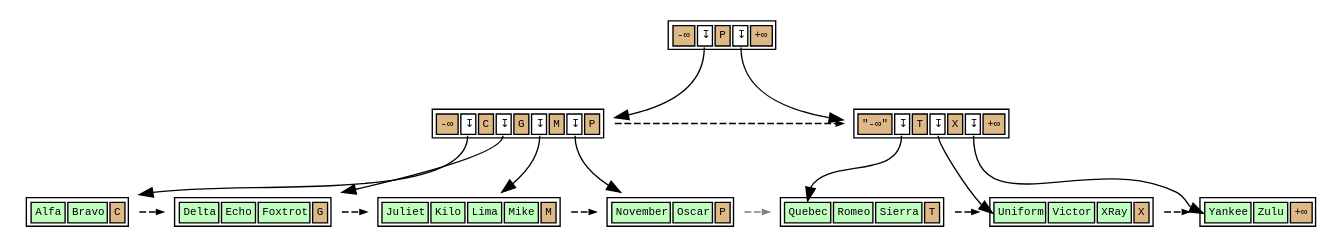
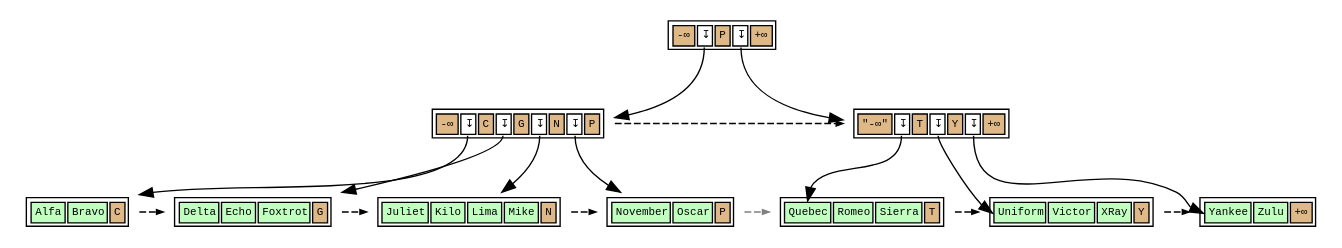
Before and after one commit to petergeoghegan/pg_query_internals: the diagram in lehman-yao-orthodox-btree-suffix.dot, drawn with Graphviz. The commit also changed 1 other file, not shown here.

Commit message:
Fix suffix truncation example graph

```diff
--- a/lehman-yao-orthodox-btree-suffix.dot
+++ b/lehman-yao-orthodox-btree-suffix.dot
@@ -1,167 +1,167 @@
 // Example B-Tree graph
 //
 // Breadth-first order
 //
 // Start from root, go left to right
 //
 // Workflow:
 //
 // $ dot -T svg btree.dot -o btree.svg;
 
 digraph nbtree {
 graph [fontname = "monospace"];
 node [shape = none,height=.1,fontname = "monospace",fontsize=8];
 // Level 2 (Root internal level)
 rootnode[ label=<<table>
                     <tr>
                         <td bgcolor='burlywood' port="s0">-&infin;</td>
                         <td bgcolor='white' port="d0">&#8615;</td>
                         <td bgcolor='burlywood' port="s1">P</td>
                         <td bgcolor='white' port="d1">&#8615;</td>
                         <td bgcolor='burlywood' port="hk">+&infin;</td>
                     </tr>
                 </table>
                >
         ];
 // Downlink arrows to children:
 "rootnode":d0 -> "leftinternal"
 "rootnode":d1 -> "rightinternal"
 // sibling pointer:
 // (None)
 
 
 // Level 1 (Internal level)
 // Downlinks + highkey:
 leftinternal[ label=<<table>
                     <tr>
                         <td bgcolor='burlywood' port="s0">-&infin;</td>
                         <td bgcolor='white' port="d0">&#8615;</td>
                         <td bgcolor='burlywood' port="s1">C</td>
                         <td bgcolor='white' port="d1">&#8615;</td>
                         <td bgcolor='burlywood' port="s2">G</td>
                         <td bgcolor='white' port="d2">&#8615;</td>
-                        <td bgcolor='burlywood' port="s3">M</td>
+                        <td bgcolor='burlywood' port="s3">N</td>
                         <td bgcolor='white' port="d3">&#8615;</td>
                         <td bgcolor='burlywood' port="hk">P</td>
                     </tr>
                 </table>
                >
         ];
 // Downlink arrows to children:
 "leftinternal":d0 -> "leftleafnode_1"
 "leftinternal":d1 -> "leftleafnode_2"
 "leftinternal":d2 -> "leftleafnode_3"
 "leftinternal":d3 -> "leftleafnode_4"
 // sibling pointer:
 "leftinternal" -> "rightinternal"[constraint=false,color=black,style=dashed,arrowsize=0.5]
 // Downlinks + highkey:
 rightinternal[ label=<<table>
                     <tr>
                         <td bgcolor='burlywood' port="s0">&quot;-&infin;&quot;</td>
                         <td bgcolor='white' port="d0">&#8615;</td>
                         <td bgcolor='burlywood' port="s1">T</td>
                         <td bgcolor='white' port="d1">&#8615;</td>
-                        <td bgcolor='burlywood' port="s2">X</td>
+                        <td bgcolor='burlywood' port="s2">Y</td>
                         <td bgcolor='white' port="d2">&#8615;</td>
                         <td bgcolor='burlywood' port="hk">+&infin;</td>
                     </tr>
                 </table>
                >
         ];
 // Downlink arrows to children:
 "rightinternal":d0 -> "rightleafnode_1":t0
 "rightinternal":d1 -> "rightleafnode_2":t0
 "rightinternal":d2 -> "rightleafnode_3":t0
 // sibling pointer:
 // (None)
 
 
 // Level 0 (leaf level)
 leftleafnode_1[ label=<<table>
                     <tr>
                         <td bgcolor='darkseagreen1' port="t0">Alfa</td>
                         <td bgcolor='darkseagreen1' port="t1">Bravo</td>
                         <td bgcolor='burlywood' port="hk">C</td>
                     </tr>
                 </table>
                >
         ];
 // sibling pointer:
 "leftleafnode_1" -> "leftleafnode_2"[constraint=false,color=black,style=dashed,arrowsize=0.5]
 leftleafnode_2[ label=<<table>
                     <tr>
                         <td bgcolor='darkseagreen1' port="t0">Delta</td>
                         <td bgcolor='darkseagreen1' port="t1">Echo</td>
                         <td bgcolor='darkseagreen1' port="t2">Foxtrot</td>
                         <td bgcolor='burlywood' port="hk">G</td>
                     </tr>
                 </table>
                >
         ];
 // sibling pointer:
 "leftleafnode_2" -> "leftleafnode_3"[constraint=false,color=black,style=dashed,arrowsize=0.5]
 leftleafnode_3[ label=<<table>
                     <tr>
                         <td bgcolor='darkseagreen1' port="t0">Juliet</td>
                         <td bgcolor='darkseagreen1' port="t1">Kilo</td>
                         <td bgcolor='darkseagreen1' port="t2">Lima</td>
                         <td bgcolor='darkseagreen1' port="t3">Mike</td>
-                        <td bgcolor='burlywood' port="hk">M</td>
+                        <td bgcolor='burlywood' port="hk">N</td>
                     </tr>
                 </table>
                >
         ];
 // sibling pointer:
 "leftleafnode_3" -> "leftleafnode_4"[constraint=false,color=black,style=dashed,arrowsize=0.5]
 leftleafnode_4[ label=<<table>
                     <tr>
                         <td bgcolor='darkseagreen1' port="t0">November</td>
                         <td bgcolor='darkseagreen1' port="t1">Oscar</td>
                         <td bgcolor='burlywood' port="hk">P</td>
                     </tr>
                 </table>
                >
         ];
 // sibling/cousin pointer:
 "leftleafnode_4" -> "rightleafnode_1"[constraint=false,color=gray,style=dashed,arrowsize=0.5]
 rightleafnode_1[ label=<<table>
                     <tr>
                         <td bgcolor='darkseagreen1' port="t0">Quebec</td>
                         <td bgcolor='darkseagreen1' port="t1">Romeo</td>
                         <td bgcolor='darkseagreen1' port="t2">Sierra</td>
                         <td bgcolor='burlywood' port="hk">T</td>
                     </tr>
                 </table>
                >
         ];
 // sibling pointer:
 "rightleafnode_1" -> "rightleafnode_2"[constraint=false,color=black,style=dashed,arrowsize=0.5]
 rightleafnode_2[ label=<<table>
                     <tr>
                         <td bgcolor='darkseagreen1' port="t0">Uniform</td>
                         <td bgcolor='darkseagreen1' port="t1">Victor</td>
                         <td bgcolor='darkseagreen1' port="t2">XRay</td>
-                        <td bgcolor='burlywood' port="hk">X</td>
+                        <td bgcolor='burlywood' port="hk">Y</td>
                     </tr>
                 </table>
                >
         ];
 // sibling pointer:
 "rightleafnode_2" -> "rightleafnode_3"[constraint=false,color=black,style=dashed,arrowsize=0.5]
 rightleafnode_3[ label=<<table>
                     <tr>
                         <td bgcolor='darkseagreen1' port="t0">Yankee</td>
                         <td bgcolor='darkseagreen1' port="t1">Zulu</td>
                         <td bgcolor='burlywood' port="hk">+&infin;</td>
                     </tr>
                 </table>
                >
         ];
 // sibling pointer:
 // (None)
 
 // Force alignment from root to internal to leaf levels:
 edge[style=invis];
 "rootnode":s1 -> "leftleafnode_4":hk
 "leftinternal":hk -> "leftleafnode_4":hk
 }
```
